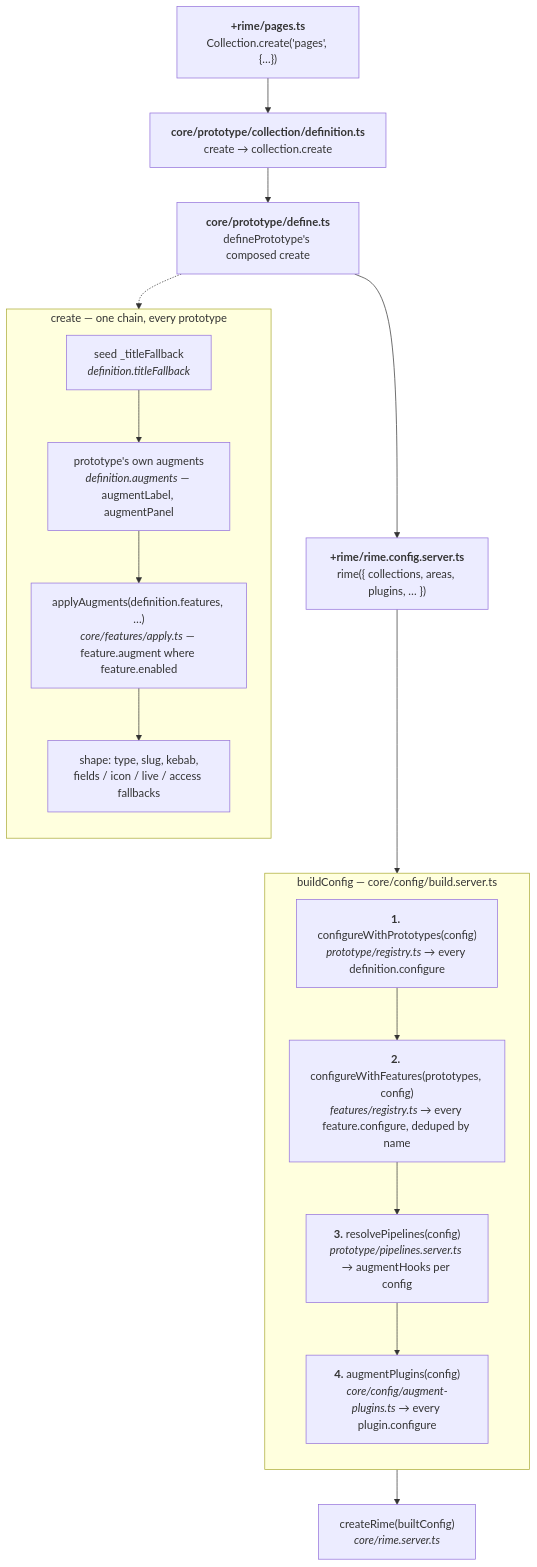
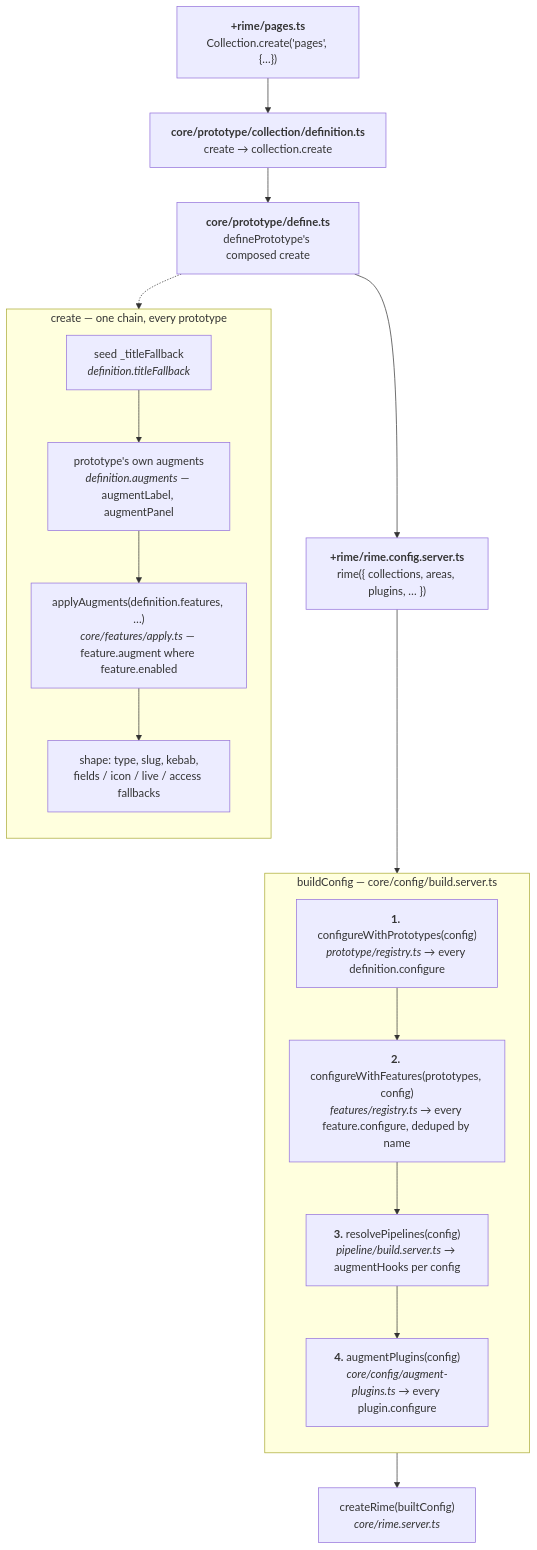
Before and after one commit to bienbiendev/rime: the first of 4 diagrams in docs/architecture-target.md, drawn with Mermaid. The commit also changed other lines of this file and 13 other files, not shown here.

````diff
--- a/docs/architecture-target.md
+++ b/docs/architecture-target.md
@@ -69,32 +69,32 @@
 ```mermaid
 flowchart TB
     A["<b>+rime/pages.ts</b><br/>Collection.create('pages', {…})"]
     B["<b>core/prototype/collection/definition.ts</b><br/>create → collection.create"]
     C["<b>core/prototype/define.ts</b><br/>definePrototype's composed create"]
     D["<b>+rime/rime.config.server.ts</b><br/>rime({ collections, areas, plugins, … })"]
 
     A --> B --> C --> D
 
     subgraph create["create — one chain, every prototype"]
         direction TB
         C1["seed _titleFallback<br/><i>definition.titleFallback</i>"]
         C2["prototype's own augments<br/><i>definition.augments</i> — augmentLabel, augmentPanel"]
         C3["applyAugments(definition.features, …)<br/><i>core/features/apply.ts</i> — feature.augment where feature.enabled"]
         C4["shape: type, slug, kebab,<br/>fields / icon / live / access fallbacks"]
         C1 --> C2 --> C3 --> C4
     end
 
     C -.-> create
 
     subgraph chain["buildConfig — core/config/build.server.ts"]
         direction TB
         E1["<b>1.</b> configureWithPrototypes(config)<br/><i>prototype/registry.ts</i> → every definition.configure"]
         E2["<b>2.</b> configureWithFeatures(prototypes, config)<br/><i>features/registry.ts</i> → every feature.configure, deduped by name"]
-        E3["<b>3.</b> resolvePipelines(config)<br/><i>prototype/pipelines.server.ts</i> → augmentHooks per config"]
+        E3["<b>3.</b> resolvePipelines(config)<br/><i>pipeline/build.server.ts</i> → augmentHooks per config"]
         E4["<b>4.</b> augmentPlugins(config)<br/><i>core/config/augment-plugins.ts</i> → every plugin.configure"]
         E1 --> E2 --> E3 --> E4
     end
 
     D --> chain
     chain --> F["createRime(builtConfig)<br/><i>core/rime.server.ts</i>"]
 ```
````
